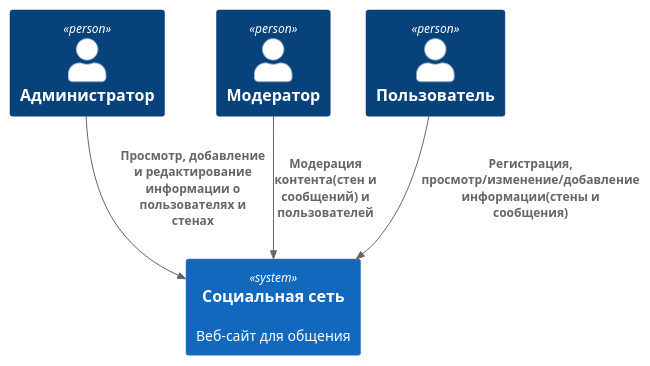
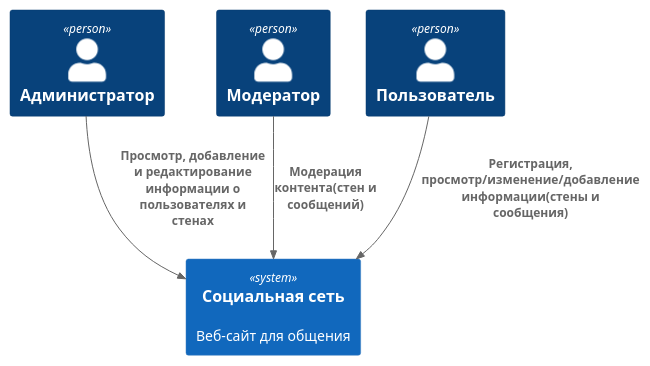
Before and after one commit to lagoda-dmitry/hl_mai_lab_0: the diagram in context.md, drawn with PlantUML.

````diff
--- a/context.md
+++ b/context.md
@@ -4,22 +4,20 @@
 ```plantuml
-
 @startuml context
 !include https://raw.githubusercontent.com/plantuml-stdlib/C4-PlantUML/master/C4_Container.puml
 
 Person(admin, "Администратор")
 Person(moderator, "Модератор")
 Person(user, "Пользователь")
 
 System(site_social, "Социальная сеть", "Веб-сайт для общения")
 
 
 
 Rel(admin, site_social, "Просмотр, добавление и редактирование информации о пользователях и стенах")
-Rel(moderator, site_social, "Модерация контента(стен и сообщений) и пользователей")
+Rel(moderator, site_social, "Модерация контента(стен и сообщений)")
 Rel(user, site_social, "Регистрация, просмотр/изменение/добавление информации(стены и сообщения)")
 
 
 
 @enduml
-
 ```
````
